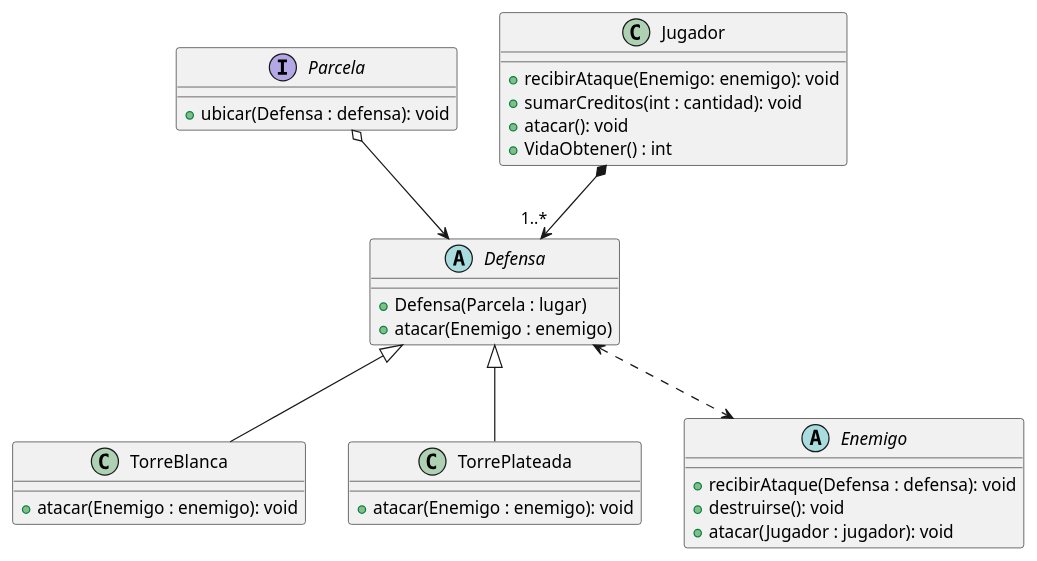
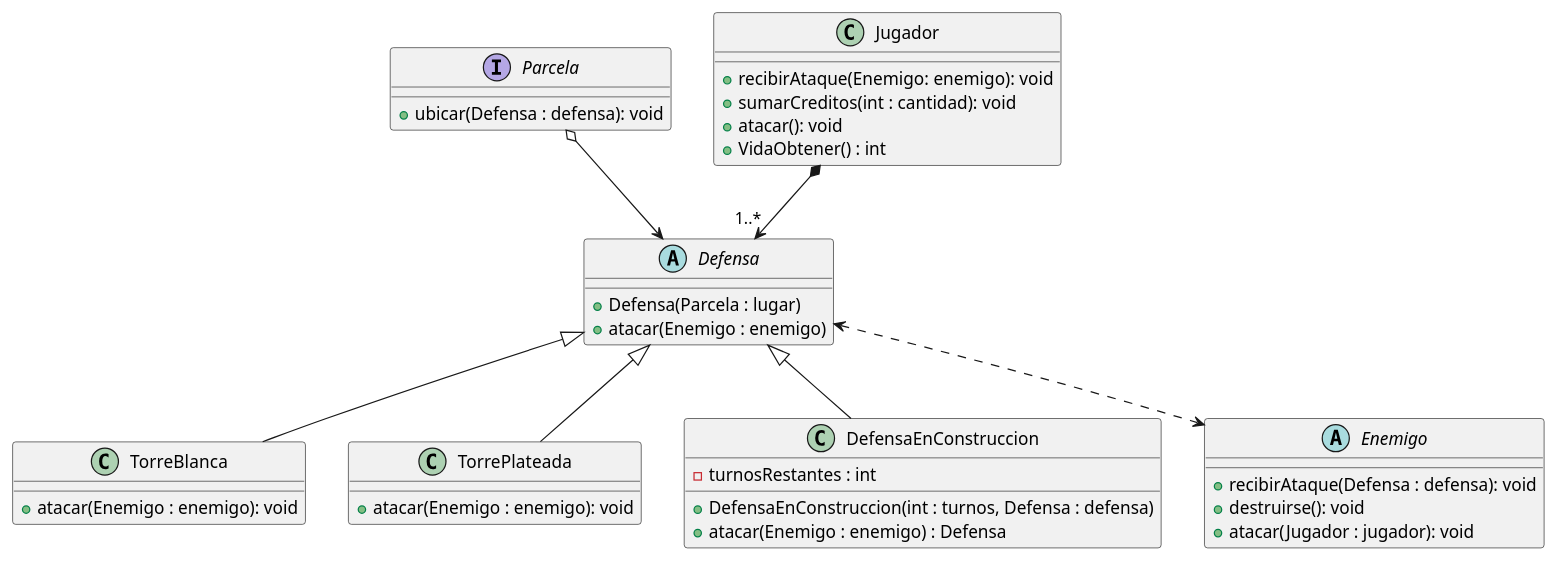
One commit to franzimbi/algo3_tp2 changed the diagram in diagrams/classes/defensa_class_diagram.puml. Above: the diagram before and after it, drawn with PlantUML. The commit also changed 1 other file, not shown here.

Commit message:
actualizacion UML

```diff
--- a/diagrams/classes/defensa_class_diagram.puml
+++ b/diagrams/classes/defensa_class_diagram.puml
@@ -1,41 +1,48 @@
 @startuml
 'https://plantuml.com/class-diagram
 
 abstract class Defensa {
     +Defensa(Parcela : lugar)
     +atacar(Enemigo : enemigo)
 }
 
 class TorreBlanca{
     +atacar(Enemigo : enemigo): void
 }
 
 class TorrePlateada{
     +atacar(Enemigo : enemigo): void
 }
 
 interface Parcela {
     +ubicar(Defensa : defensa): void
 }
 
+class DefensaEnConstruccion{
+    -turnosRestantes : int
+    +DefensaEnConstruccion(int : turnos, Defensa : defensa)
+    +atacar(Enemigo : enemigo) : Defensa
+}
+
 abstract class Enemigo {
     +recibirAtaque(Defensa : defensa): void
     +destruirse(): void
     +atacar(Jugador : jugador): void
 }
 
 class Jugador {
     +recibirAtaque(Enemigo: enemigo): void
     +sumarCreditos(int : cantidad): void
     +atacar(): void
     +VidaObtener() : int
 }
 
 Defensa <|-- TorreBlanca
 Defensa <|-- TorrePlateada
 Defensa <..> Enemigo
 Parcela o--> Defensa
 Jugador  *--> "1..*" Defensa
+Defensa <|-- DefensaEnConstruccion
 
 
 @enduml
```
